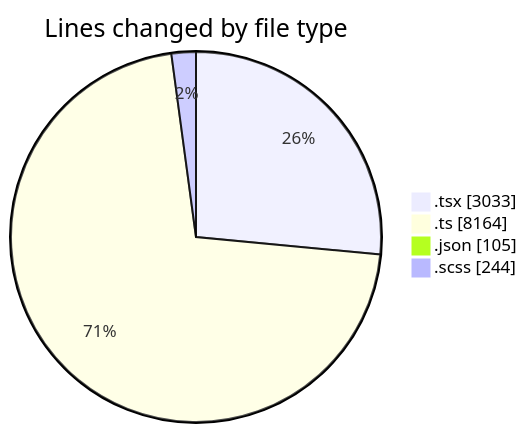
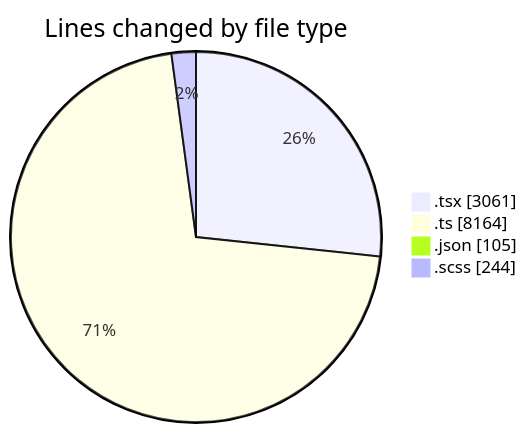
One commit to momahboobian/code-tracking changed the first of 2 diagrams in 2025-07-09/cda/README.md. Above: the diagram before and after it, drawn with Mermaid. The commit also changed other lines of this file and 1 other file, not shown here.

````diff
--- a/2025-07-09/cda/README.md
+++ b/2025-07-09/cda/README.md
@@ -37,8 +38,8 @@
 ```mermaid
 pie showData
 title Lines changed by file type
-".tsx" : 3033
+".tsx" : 3061
 ".ts" : 8164
 ".json" : 105
 ".scss" : 244
 ```
````
